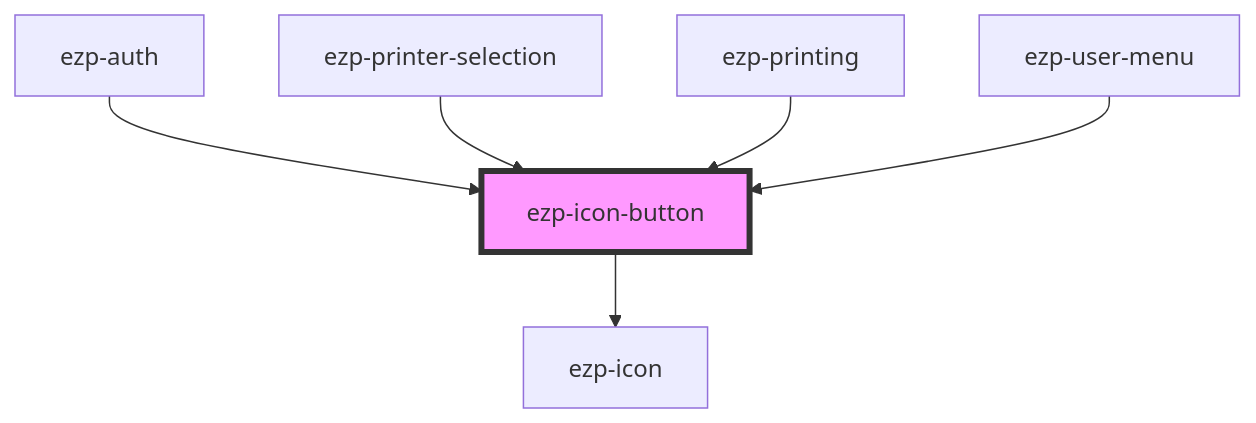
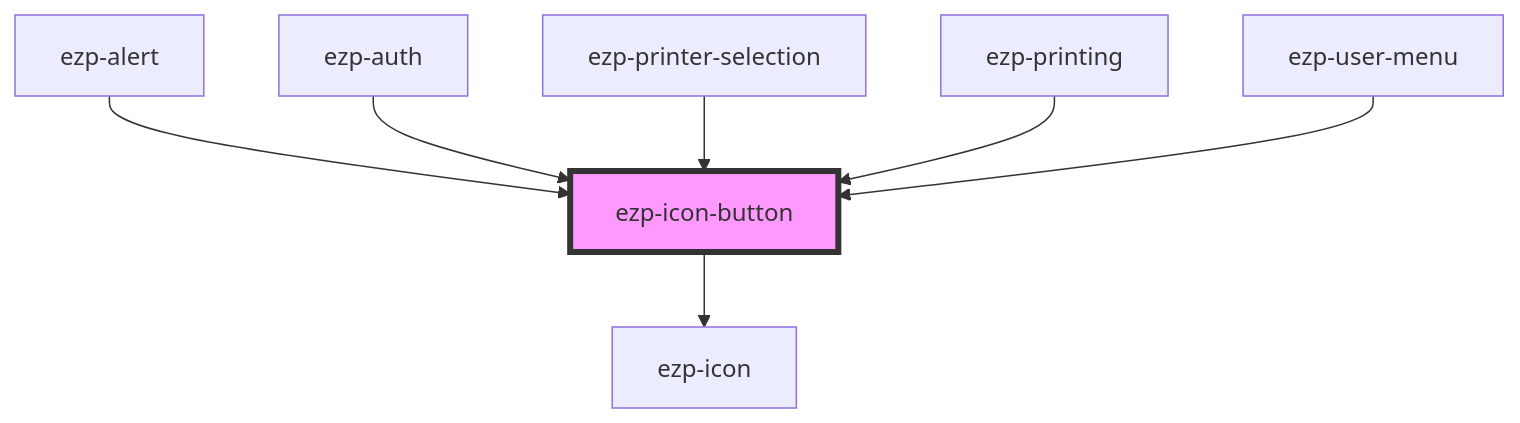
One commit to ezeep/ezeep-js changed the diagram in src/components/ezp-icon-button/readme.md. Above: the diagram before and after it, drawn with Mermaid. The commit also changed other lines of this file and 20 other files, not shown here.

````diff
--- a/src/components/ezp-icon-button/readme.md
+++ b/src/components/ezp-icon-button/readme.md
@@ -31,9 +32,10 @@
 ```mermaid
 graph TD;
   ezp-icon-button --> ezp-icon
+  ezp-alert --> ezp-icon-button
   ezp-auth --> ezp-icon-button
   ezp-printer-selection --> ezp-icon-button
   ezp-printing --> ezp-icon-button
   ezp-user-menu --> ezp-icon-button
   style ezp-icon-button fill:#f9f,stroke:#333,stroke-width:4px
 ```
````
